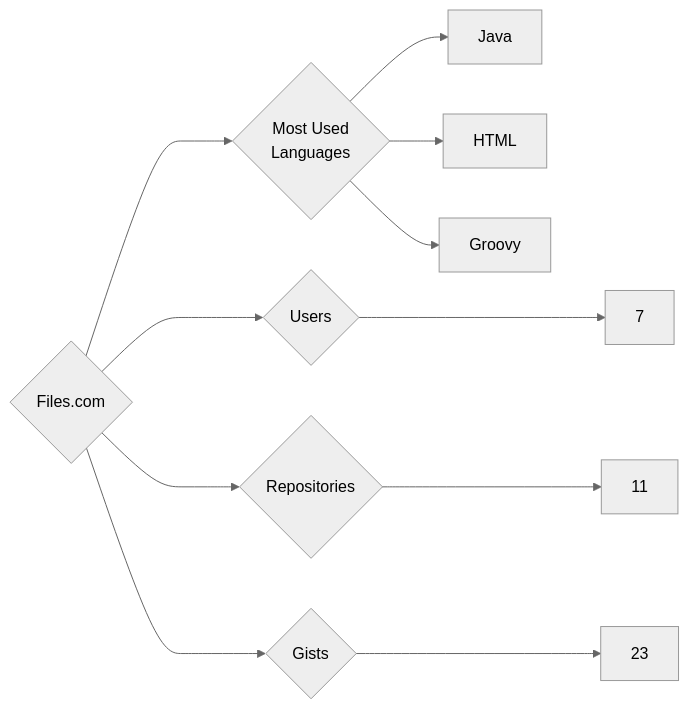
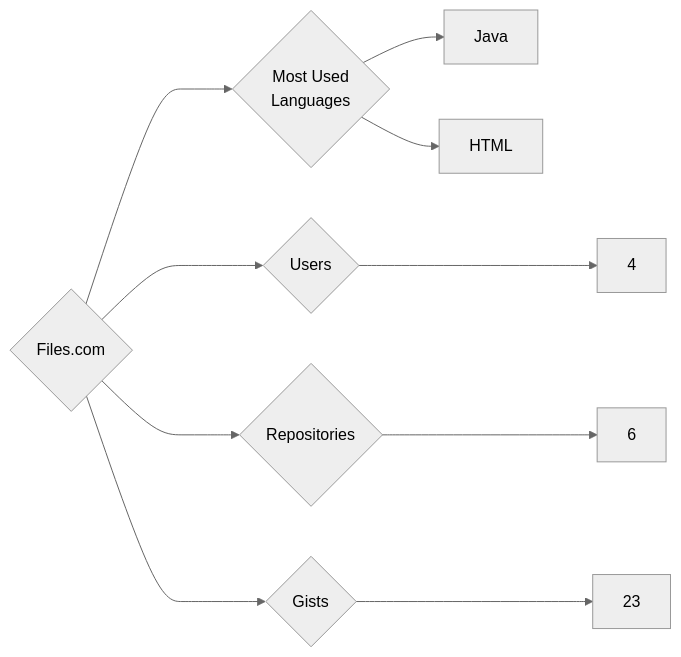
One commit to trickest/insiders changed the diagram in targets/Files.com/README.md. Above: the diagram before and after it, drawn with Mermaid (neutral theme). The commit also changed 1078 other files, not shown here.

````diff
--- a/targets/Files.com/README.md
+++ b/targets/Files.com/README.md
@@ -3,11 +3,10 @@
 ```mermaid
 graph LR
 COMPANY_NAME{Files.com}
-COMPANY_NAME ---> U{Users} ---> UN[7]
-COMPANY_NAME ---> R{Repositories} ---> RN[11]
+COMPANY_NAME ---> U{Users} ---> UN[4]
+COMPANY_NAME ---> R{Repositories} ---> RN[6]
 COMPANY_NAME ---> G{Gists} ---> GN[23]
 COMPANY_NAME ---> ML{Most Used<br>Languages}
 ML --> Java[Java]
 ML --> HTML[HTML]
-ML --> Groovy[Groovy]
 ```
````
